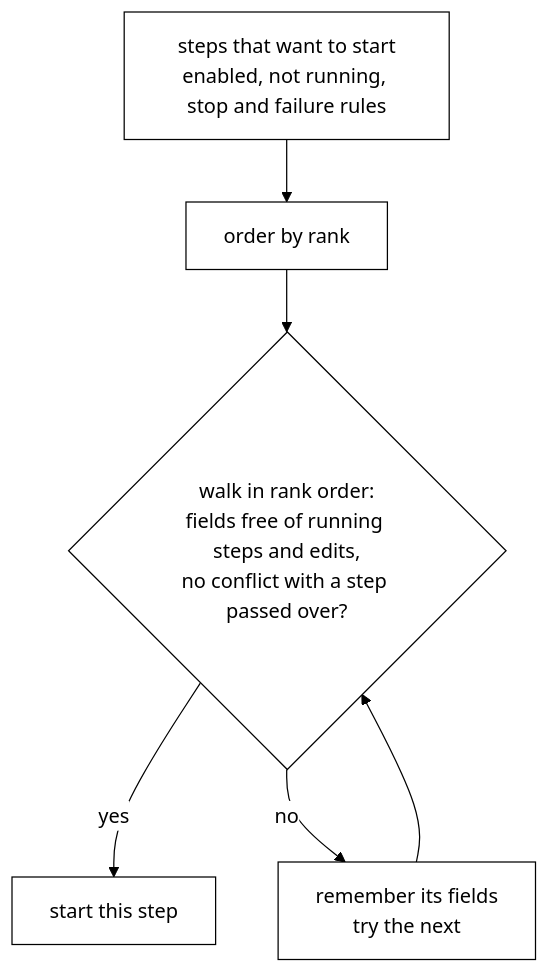
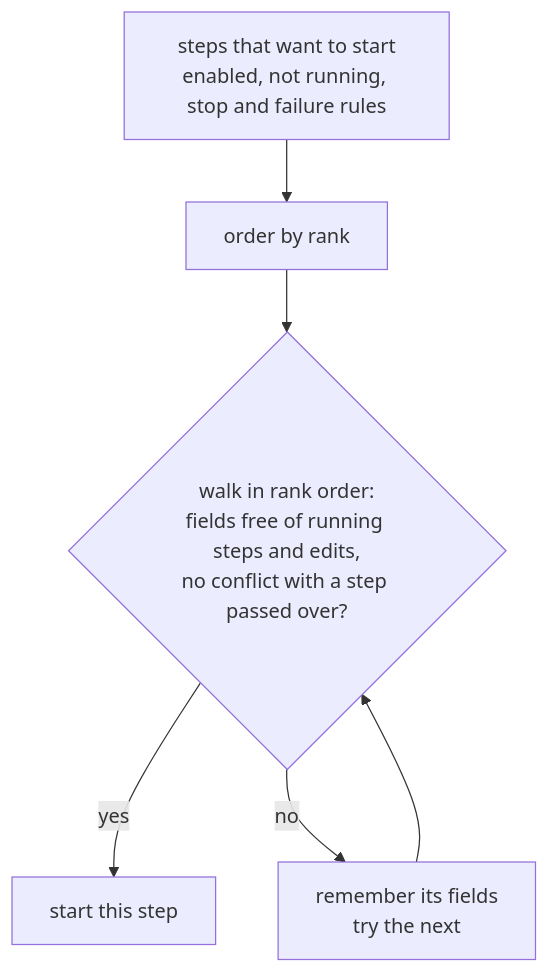
One commit to PKD667/trame changed the second of 2 diagrams in docs/scheduling.md. Above: the diagram before and after it, drawn with Mermaid. The commit also changed other lines of this file and 91 other files, not shown here.

````diff
--- a/docs/scheduling.md
+++ b/docs/scheduling.md
@@ -42,9 +50,8 @@
 ```mermaid
-%%{init: {'theme':'base','themeVariables':{'primaryColor':'#ffffff','primaryTextColor':'#000000','primaryBorderColor':'#000000','lineColor':'#000000','secondaryColor':'#ffffff','tertiaryColor':'#ffffff','clusterBkg':'#ffffff','clusterBorder':'#000000','edgeLabelBackground':'#ffffff','actorBkg':'#ffffff','actorBorder':'#000000','actorTextColor':'#000000','actorLineColor':'#000000','signalColor':'#000000','signalTextColor':'#000000','noteBkgColor':'#ffffff','noteBorderColor':'#000000','noteTextColor':'#000000','labelBoxBkgColor':'#ffffff','labelBoxBorderColor':'#000000','fontFamily':'monospace'},'themeCSS':'rect.actor,rect.note,.note rect,.statediagram-note rect{fill:#fff!important;stroke:#000!important} line,.actor-line{stroke:#000!important} .arrowheadPath,marker path{fill:#000!important;stroke:#000!important} circle.state-end{stroke:#000!important} text,.noteText,.state-note text{fill:#000!important}'}}%%
 flowchart TD
   A["steps that want to start<br/>enabled, not running, stop and failure rules"] --> O["order by rank"]
   O --> F{"walk in rank order:<br/>fields free of running steps and edits,<br/>no conflict with a step passed over?"}
   F -- yes --> G["start this step"]
   F -- no --> P["remember its fields<br/>try the next"]
   P --> F
 ```
````
